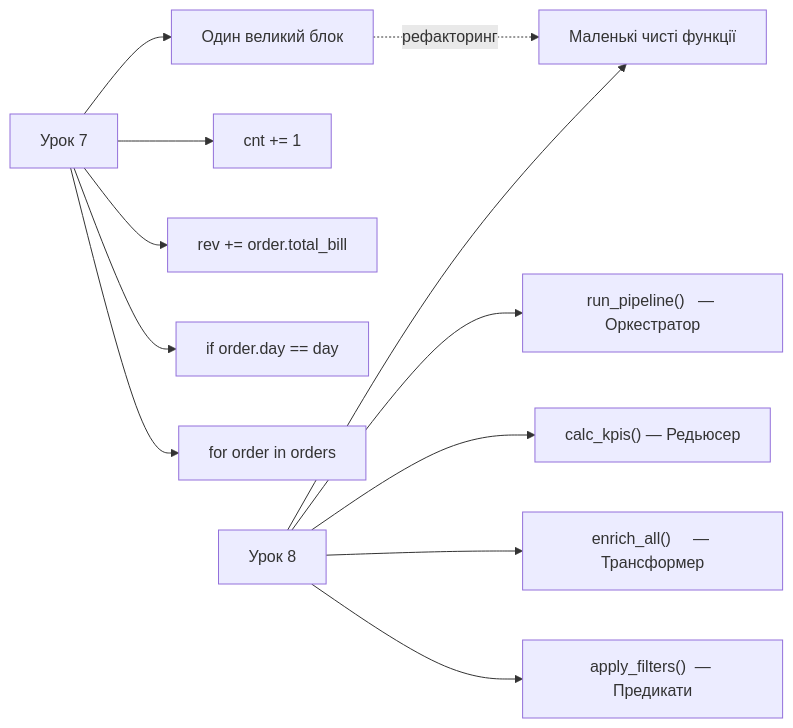
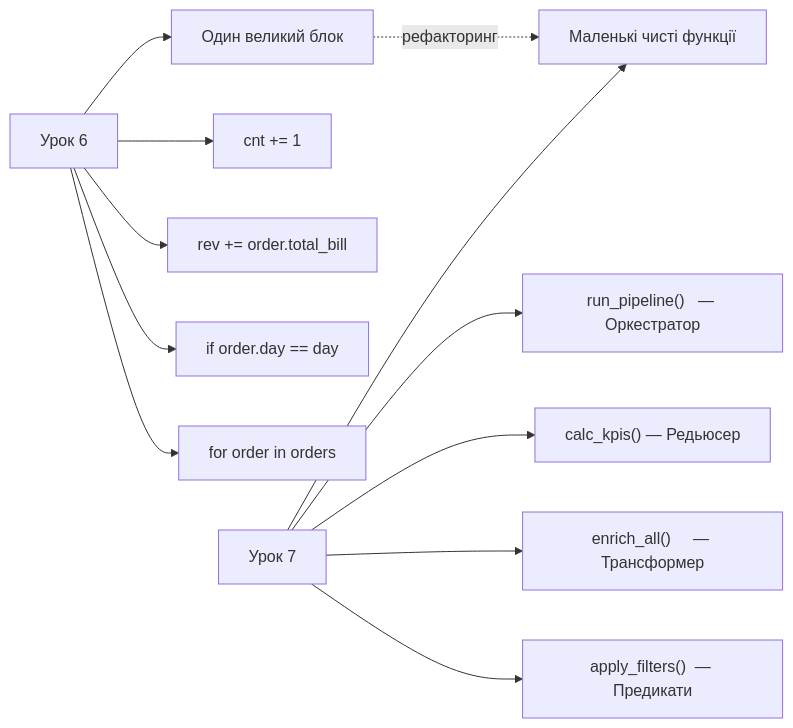
Diagram 16 of 16 in module_1/lessons/lesson_07_functions/restaurant_dashboard_alg.md (BohomolovR/PY-Course-Victor-Nikoriak-22-09-2026), drawn with Mermaid before and after one commit. The commit also changed other lines of this file and 5 other files, not shown here.

````diff
--- a/module_1/lessons/lesson_07_functions/restaurant_dashboard_alg.md
+++ b/module_1/lessons/lesson_07_functions/restaurant_dashboard_alg.md
@@ -661,17 +675,17 @@
 ```mermaid
 graph LR
 
-A[Урок 7] --> A1[for order in orders]
+A[Урок 6] --> A1[for order in orders]
 A --> A2[if order.day == day]
 A --> A3[rev += order.total_bill]
 A --> A4[cnt += 1]
 A --> A5[Один великий блок]
 
-B[Урок 8] --> B1["apply_filters()  — Предикати"]
+B[Урок 7] --> B1["apply_filters()  — Предикати"]
 B --> B2["enrich_all()     — Трансформер"]
 B --> B3["calc_kpis()      — Редьюсер"]
 B --> B4["run_pipeline()   — Оркестратор"]
 B --> B5[Маленькі чисті функції]
 
 A5 -.->|рефакторинг| B5
 ```
````
